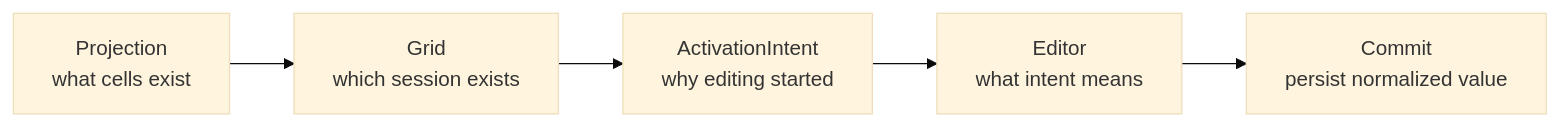
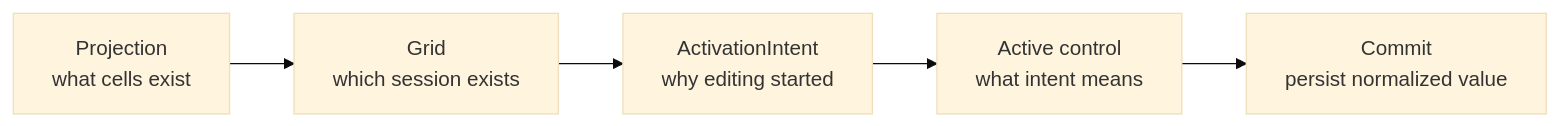
Before and after one commit to retab-dev/retab-ui: the fourth of 4 diagrams in components/json-table/ARCHITECTURE_DIAGRAM.md, drawn with Mermaid (base theme). The commit also changed other lines of this file and 152 other files, not shown here.

````diff
--- a/components/json-table/ARCHITECTURE_DIAGRAM.md
+++ b/components/json-table/ARCHITECTURE_DIAGRAM.md
@@ -137,10 +128,10 @@
 ```mermaid
 flowchart LR
   Projection["Projection<br/>what cells exist"]
   Grid["Grid<br/>which session exists"]
   Intent["ActivationIntent<br/>why editing started"]
-  Editor["Editor<br/>what intent means"]
+  Active["Active control<br/>what intent means"]
   Commit["Commit<br/>persist normalized value"]
 
-  Projection --> Grid --> Intent --> Editor --> Commit
+  Projection --> Grid --> Intent --> Active --> Commit
 ```
````
